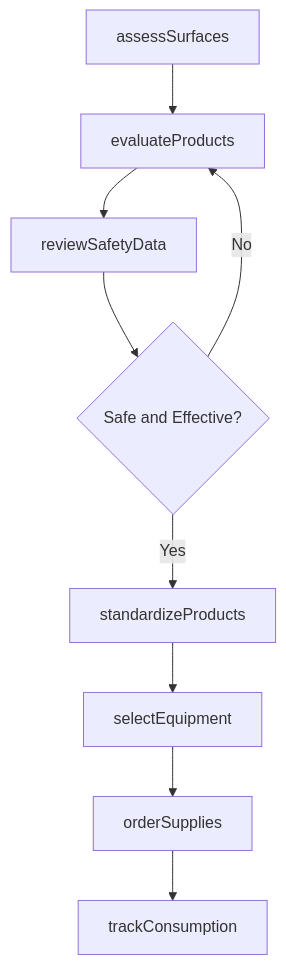
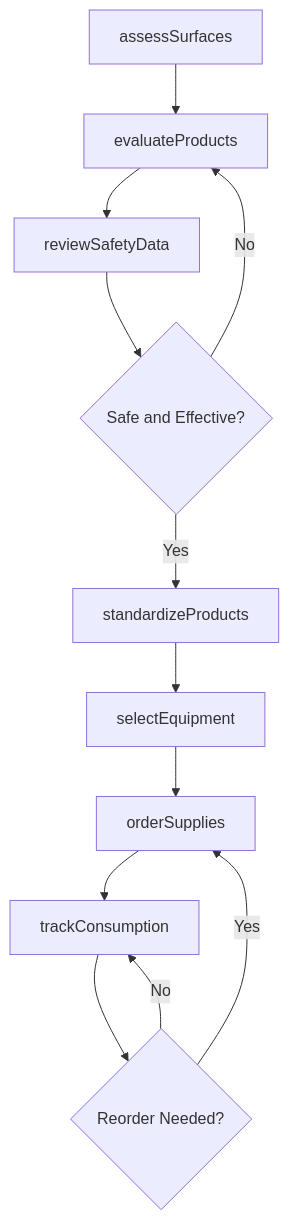
Before and after one commit to dot-org-ai/tasks.org.ai: the third of 4 diagrams in MakingDecisionsAndSolvingProblems/SelectMaterialsOrEquipmentForOperationsOrProjects/SelectEquipmentMaterialsSuppliesCleaning.mdx, drawn with Mermaid. The commit also changed other lines of this file and 71 other files, not shown here.

Commit message:
feat: Add ER diagrams, state diagrams to 72 more DWA task files (wave 2 continued)

````diff
--- a/MakingDecisionsAndSolvingProblems/SelectMaterialsOrEquipmentForOperationsOrProjects/SelectEquipmentMaterialsSuppliesCleaning.mdx
+++ b/MakingDecisionsAndSolvingProblems/SelectMaterialsOrEquipmentForOperationsOrProjects/SelectEquipmentMaterialsSuppliesCleaning.mdx
@@ -86,11 +114,14 @@
 ```mermaid
 graph TD
     A[assessSurfaces] --> B[evaluateProducts]
     B --> C[reviewSafetyData]
     C --> D{Safe and Effective?}
     D -->|Yes| E[standardizeProducts]
     D -->|No| B
     E --> F[selectEquipment]
     F --> G[orderSupplies]
     G --> H[trackConsumption]
+    H --> I{Reorder Needed?}
+    I -->|Yes| G
+    I -->|No| H
 ```
````
